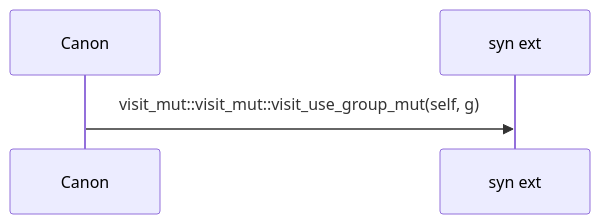
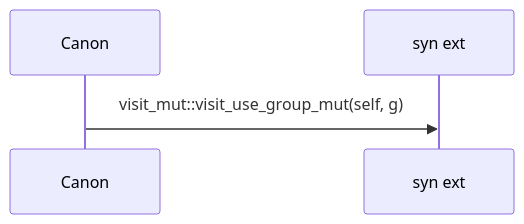
One commit to DreamLab-AI/codemaid changed the ninth of 16 diagrams in docs/sealmap/crates/sealmap-rust/src/fingerprint.rs.md. Above: the diagram before and after it, drawn with Mermaid. The commit also changed other lines of this file and 29 other files, not shown here.

````diff
--- a/docs/sealmap/crates/sealmap-rust/src/fingerprint.rs.md
+++ b/docs/sealmap/crates/sealmap-rust/src/fingerprint.rs.md
@@ -191,6 +191,6 @@
 ```mermaid
 sequenceDiagram
   participant sealmap_rust__fingerprint___tCanon as Canon
   participant _syn as syn ext
-  sealmap_rust__fingerprint___tCanon->>_syn: visit_mut::visit_mut::visit_use_group_mut(self, g)
+  sealmap_rust__fingerprint___tCanon->>_syn: visit_mut::visit_use_group_mut(self, g)
 ```
````
